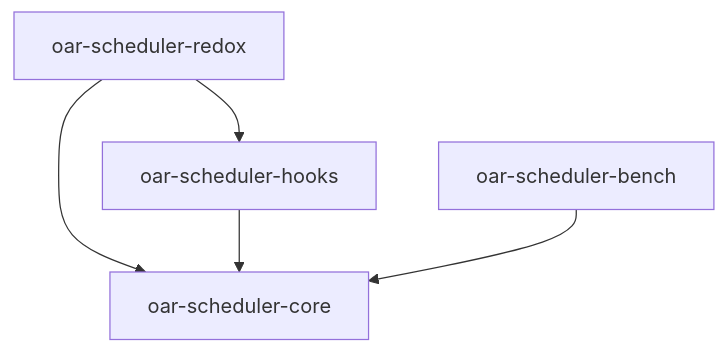
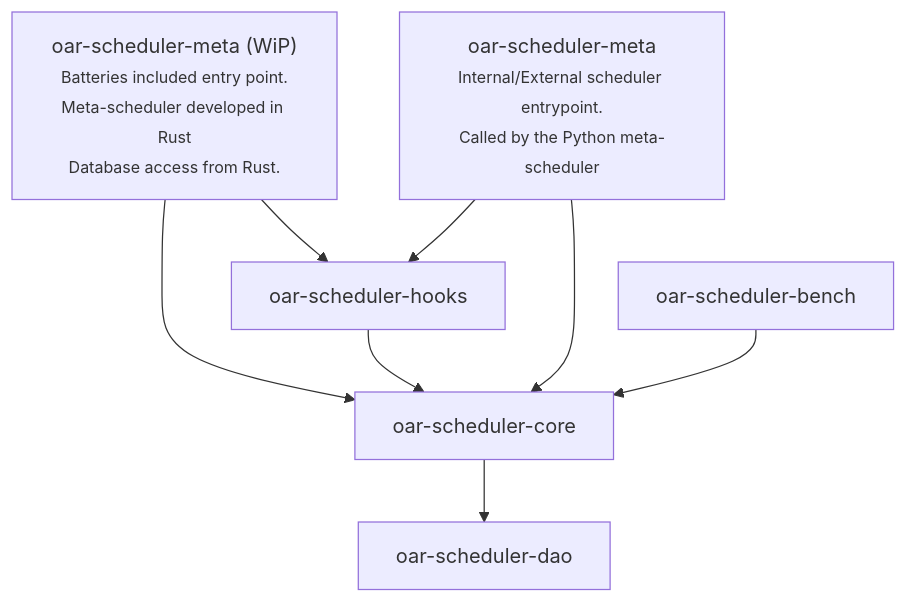
The diagram in README.md (oar-team/oar-scheduler-redox), drawn with Mermaid before and after one commit. The commit also changed other lines of this file and 14 other files, not shown here.

Commit message:
Restructuring the code allows implementing the meta-scheduler and database connections in Rust.

````diff
--- a/README.md
+++ b/README.md
@@ -56,8 +61,11 @@
 ```mermaid
 graph TD
 ;
+  oar-scheduler-meta["oar-scheduler-meta (WiP)<br/><span style='font-size: 0.8em;'>Batteries included entry point.<br/>Meta-scheduler developed in Rust<br/>Database access from Rust.</span>"] --> oar-scheduler-core
+  oar-scheduler-hooks --> oar-scheduler-core
+  oar-scheduler-meta --> oar-scheduler-hooks
+  oar-scheduler-redox["oar-scheduler-meta<br/><span style='font-size: 0.8em;'>Internal/External scheduler entrypoint.<br/>Called by the Python meta-scheduler</span>"] --> oar-scheduler-hooks
     oar-scheduler-redox --> oar-scheduler-core
-    oar-scheduler-redox --> oar-scheduler-hooks
-    oar-scheduler-hooks --> oar-scheduler-core
     oar-scheduler-bench --> oar-scheduler-core
+  oar-scheduler-core --> oar-scheduler-dao
 ```
````
